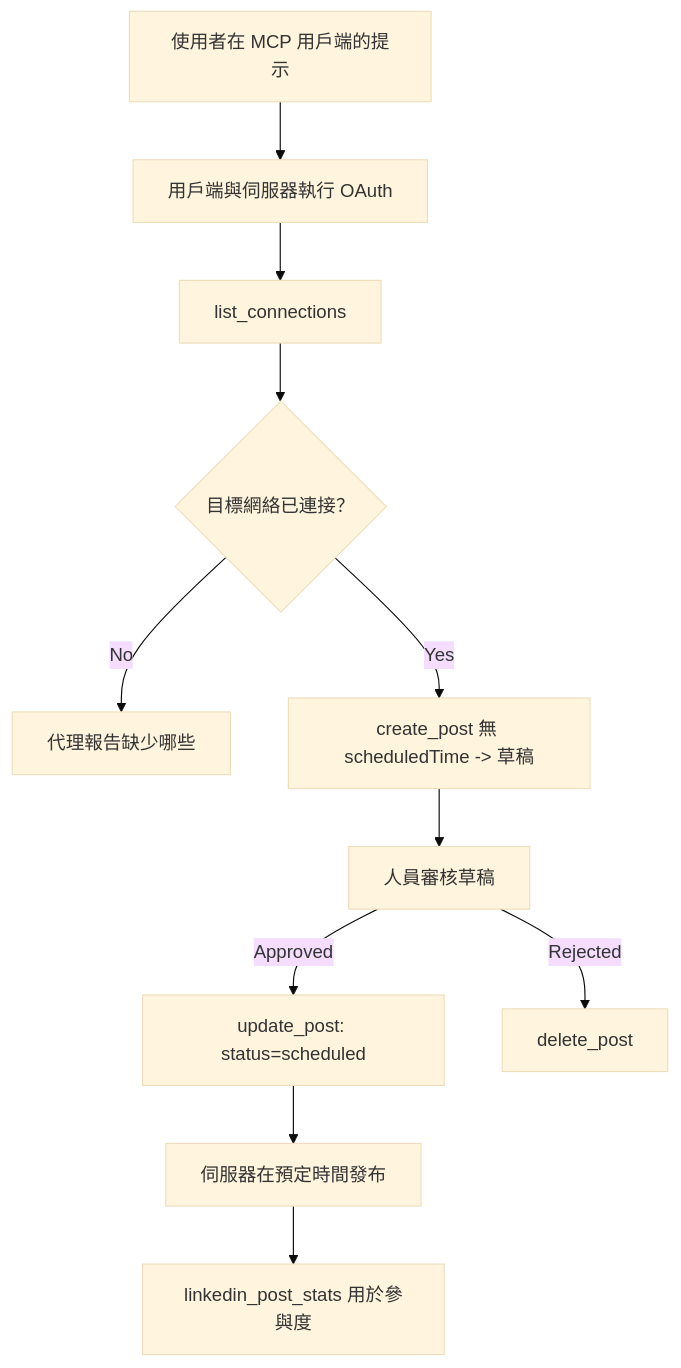
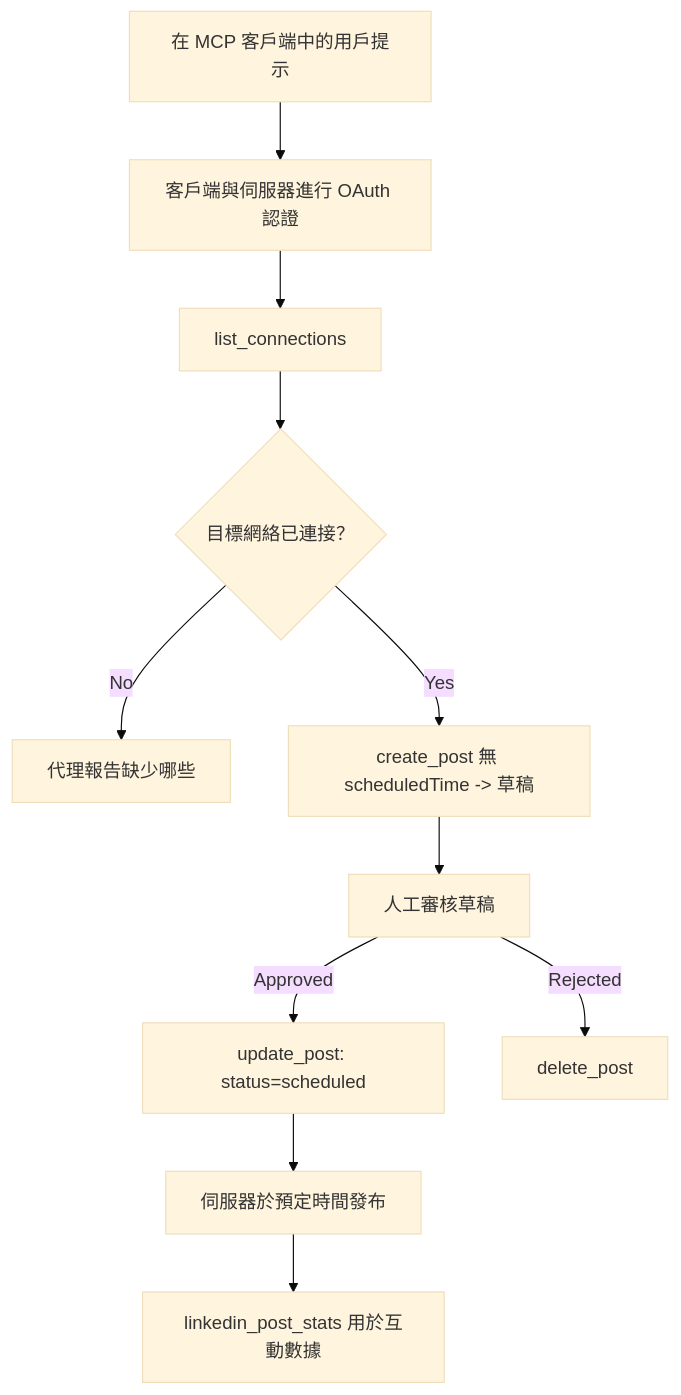
The diagram in translations/zh-HK/09-CaseStudy/publora-social-publishing.md (microsoft/mcp-for-beginners), drawn with Mermaid (base theme) before and after one commit. The commit also changed other lines of this file and 103 other files, not shown here.

````diff
--- a/translations/zh-HK/09-CaseStudy/publora-social-publishing.md
+++ b/translations/zh-HK/09-CaseStudy/publora-social-publishing.md
@@ -47,13 +47,13 @@
 ```mermaid
 flowchart TD
-    A[使用者在 MCP 用戶端的提示] --> B[用戶端與伺服器執行 OAuth]
+    A[在 MCP 客戶端中的用戶提示] --> B[客戶端與伺服器進行 OAuth 認證]
     B --> C[list_connections]
     C --> D{目標網絡已連接？}
     D -- No --> E[代理報告缺少哪些]
     D -- Yes --> F[create_post 無 scheduledTime -> 草稿]
-    F --> G[人員審核草稿]
+    F --> G[人工審核草稿]
     G -- Approved --> H[update_post: status=scheduled]
     G -- Rejected --> I[delete_post]
-    H --> J[伺服器在預定時間發布]
-    J --> K[linkedin_post_stats 用於參與度]
+    H --> J[伺服器於預定時間發布]
+    J --> K[linkedin_post_stats 用於互動數據]
 ```
````
